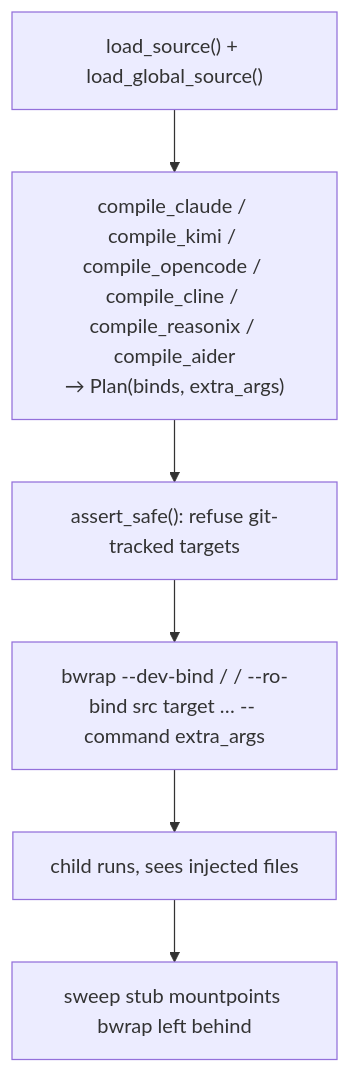
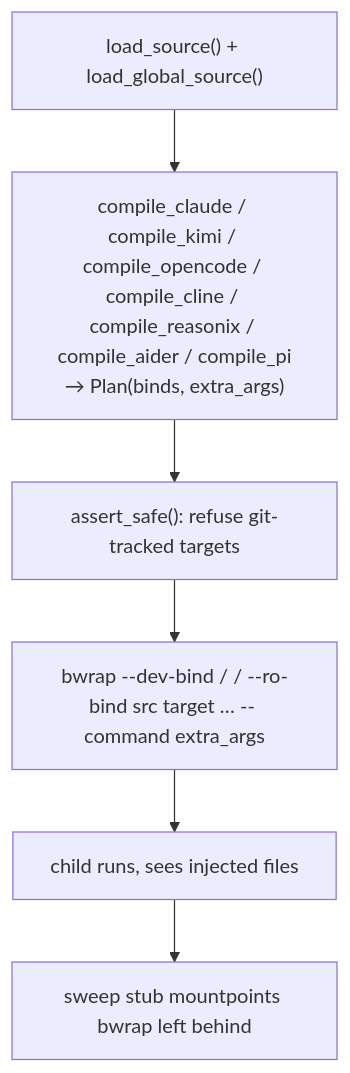
Before and after one commit to vcoeur/agedum: the diagram in docs/internals.md, drawn with Mermaid. The commit also changed other lines of this file and 16 other files, not shown here.

````diff
--- a/docs/internals.md
+++ b/docs/internals.md
@@ -15,8 +15,8 @@
 ```mermaid
 flowchart TD
-  a["load_source() + load_global_source()"] --> b["compile_claude / compile_kimi / compile_opencode / compile_cline / compile_reasonix / compile_aider<br/>→ Plan(binds, extra_args)"]
+  a["load_source() + load_global_source()"] --> b["compile_claude / compile_kimi / compile_opencode / compile_cline / compile_reasonix / compile_aider / compile_pi<br/>→ Plan(binds, extra_args)"]
   b --> c["assert_safe(): refuse git-tracked targets"]
   c --> d["bwrap --dev-bind / / --ro-bind src target … -- command extra_args"]
   d --> e["child runs, sees injected files"]
   e --> f["sweep stub mountpoints bwrap left behind"]
 ```
````
